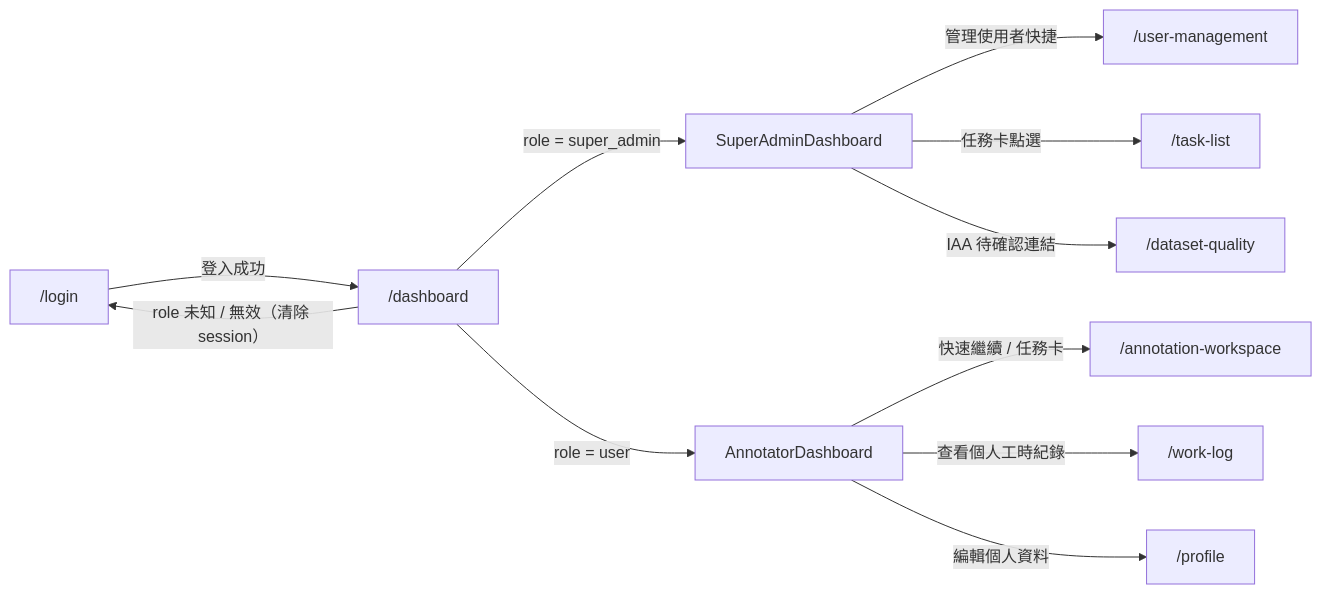
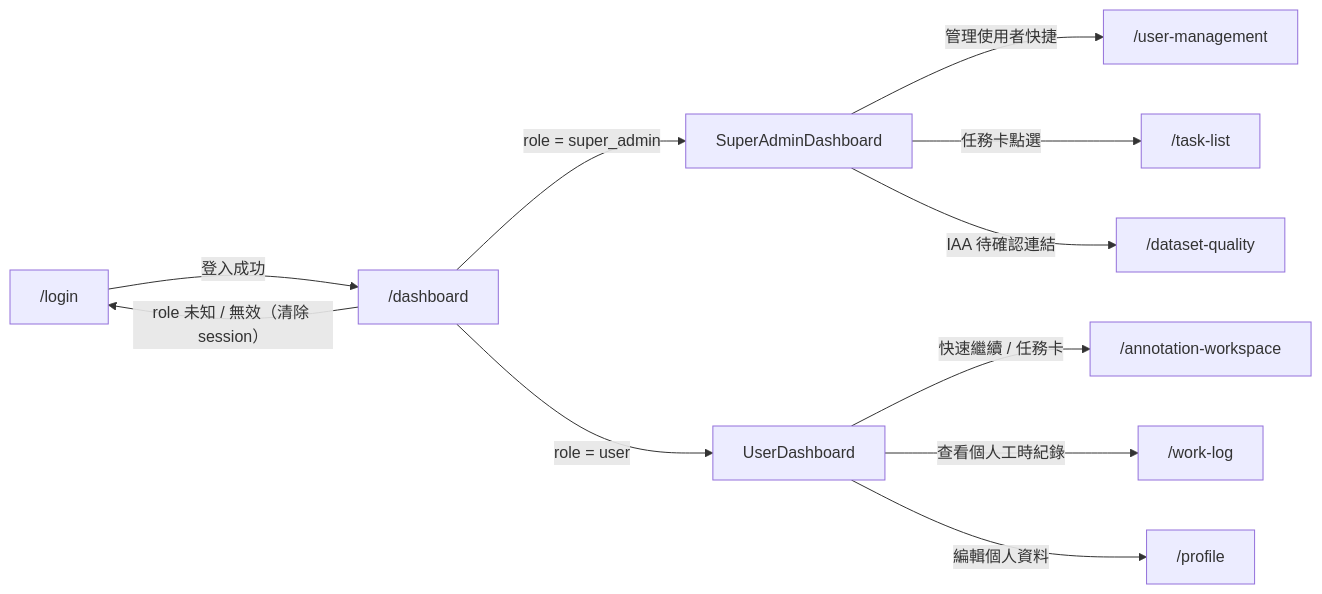
One commit to singyichen/label-suite changed the second of 2 diagrams in specs/dashboard/012-dashboard/spec.md. Above: the diagram before and after it, drawn with Mermaid. The commit also changed other lines of this file and 6 other files, not shown here.

````diff
--- a/specs/dashboard/012-dashboard/spec.md
+++ b/specs/dashboard/012-dashboard/spec.md
@@ -125,26 +125,26 @@
 ```mermaid
 flowchart LR
     login["/login"]
     dashboard["/dashboard"]
     superAdminDash["SuperAdminDashboard"]
-    annotatorDash["AnnotatorDashboard"]
+    annotatorDash["UserDashboard"]
     taskList["/task-list"]
     annotWorkspace["/annotation-workspace"]
     workLog["/work-log"]
     profile["/profile"]
     userMgmt["/user-management"]
     datasetQuality["/dataset-quality"]
 
     login      -->|"登入成功"| dashboard
     dashboard  -->|"role 未知 / 無效（清除 session）"| login
     dashboard  -->|"role = super_admin"| superAdminDash
     dashboard  -->|"role = user"| annotatorDash
 
     superAdminDash -->|"管理使用者快捷"| userMgmt
     superAdminDash -->|"任務卡點選"| taskList
     superAdminDash -->|"IAA 待確認連結"| datasetQuality
 
     annotatorDash  -->|"快速繼續 / 任務卡"| annotWorkspace
     annotatorDash  -->|"查看個人工時紀錄"| workLog
     annotatorDash  -->|"編輯個人資料"| profile
 ```
````
